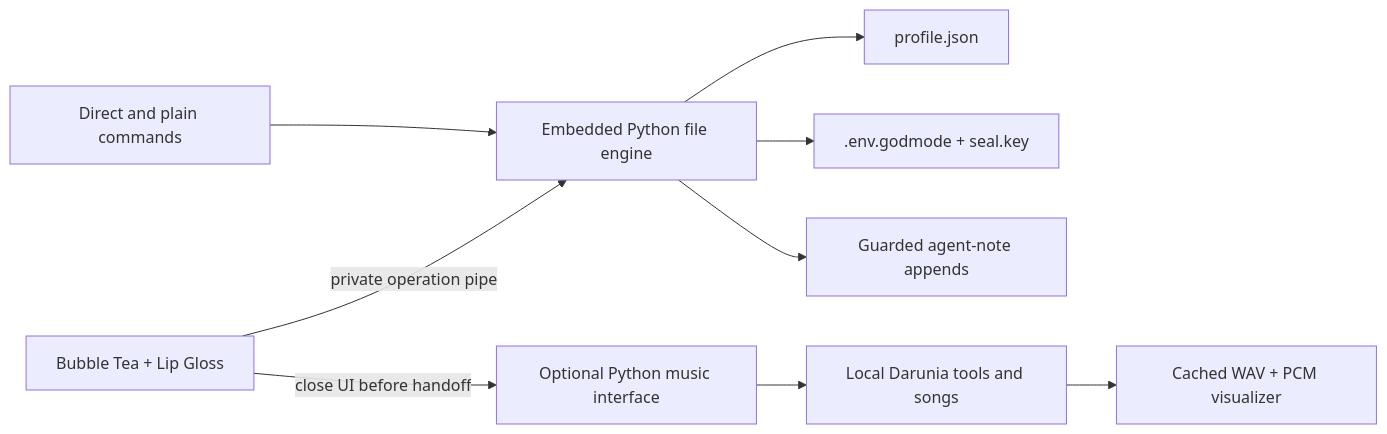
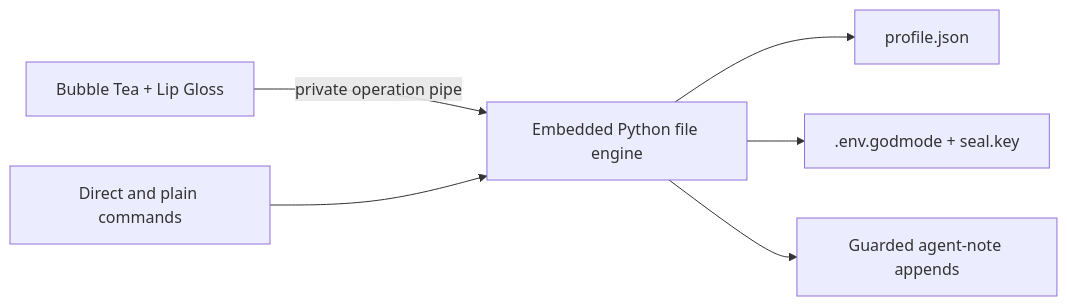
One commit to lofimichael/godmode-cli changed the first of 2 diagrams in docs/dev/CLI_EXPERIENCE.md. Above: the diagram before and after it, drawn with Mermaid. The commit also changed other lines of this file and 733 other files, not shown here.

````diff
--- a/docs/dev/CLI_EXPERIENCE.md
+++ b/docs/dev/CLI_EXPERIENCE.md
@@ -15,11 +17,8 @@
 ```mermaid
 flowchart LR
     Terminal[Bubble Tea + Lip Gloss] -->|private operation pipe| Engine[Embedded Python file engine]
     Engine --> Profile[profile.json]
     Engine --> Keys[.env.godmode + seal.key]
     Engine --> Notes[Guarded agent-note appends]
     Direct[Direct and plain commands] --> Engine
-    Terminal -->|close UI before handoff| Music[Optional Python music interface]
-    Music --> Darunia[Local Darunia tools and songs]
-    Darunia --> Cache[Cached WAV + PCM visualizer]
 ```
````
